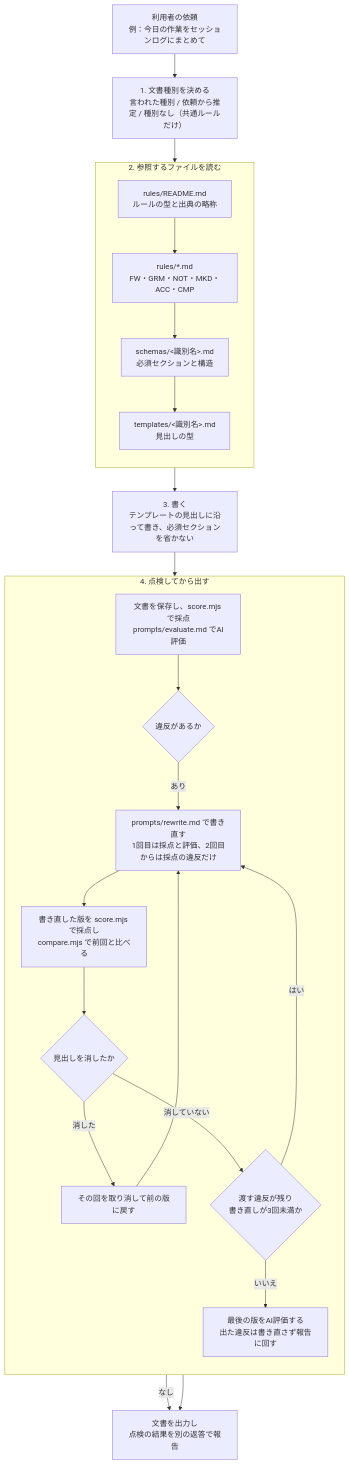
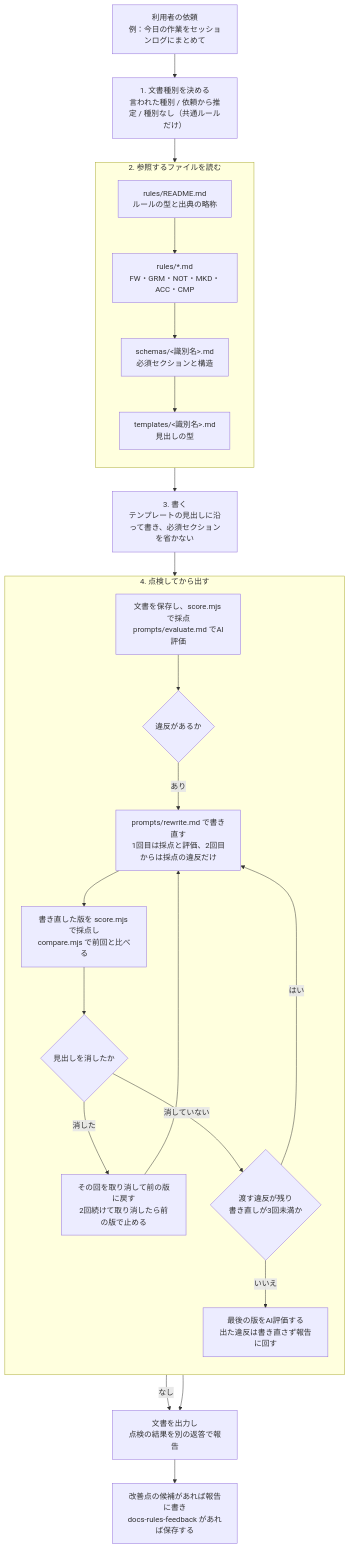
The second of 3 diagrams in docs/architecture.md (knk1313/docs-rules), drawn with Mermaid before and after one commit. The commit also changed other lines of this file and 1 other file, not shown here.

First line of the commit message:
docs: README.mdのディレクトリ構成とarchitecture.mdを今の状態に合わせる（#76）

````diff
--- a/docs/architecture.md
+++ b/docs/architecture.md
@@ -22,37 +22,38 @@
 ```mermaid
 flowchart TD
     S["利用者の依頼<br>例：今日の作業をセッションログにまとめて"]
     S --> T1["1. 文書種別を決める<br>言われた種別 / 依頼から推定 / 種別なし（共通ルールだけ）"]
     T1 --> T2
     subgraph T2["2. 参照するファイルを読む"]
         direction TB
         R0["rules/README.md<br>ルールの型と出典の略称"]
         R1["rules/*.md<br>FW・GRM・NOT・MKD・ACC・CMP"]
         R2["schemas/&lt;識別名&gt;.md<br>必須セクションと構造"]
         R3["templates/&lt;識別名&gt;.md<br>見出しの型"]
         R0 --> R1 --> R2 --> R3
     end
     T2 --> T3["3. 書く<br>テンプレートの見出しに沿って書き、必須セクションを省かない"]
     T3 --> T4
     subgraph T4["4. 点検してから出す"]
         direction TB
         P1["文書を保存し、score.mjs で採点<br>prompts/evaluate.md でAI評価"]
         P2{"違反があるか"}
         P3["prompts/rewrite.md で書き直す<br>1回目は採点と評価、2回目からは採点の違反だけ"]
         P4["書き直した版を score.mjs で採点し<br>compare.mjs で前回と比べる"]
         P5{"見出しを消したか"}
-        P6["その回を取り消して前の版に戻す"]
+        P6["その回を取り消して前の版に戻す<br>2回続けて取り消したら前の版で止める"]
         P7{"渡す違反が残り<br>書き直しが3回未満か"}
         P8["最後の版をAI評価する<br>出た違反は書き直さず報告に回す"]
         P1 --> P2
         P2 -->|あり| P3
         P3 --> P4 --> P5
         P5 -->|消した| P6
         P6 --> P3
         P5 -->|消していない| P7
         P7 -->|はい| P3
         P7 -->|いいえ| P8
     end
     P2 -->|なし| OUT
     P8 --> OUT["文書を出力し<br>点検の結果を別の返答で報告"]
+    OUT --> FB["改善点の候補があれば報告に書き<br>docs-rules-feedback があれば保存する"]
 ```
````
